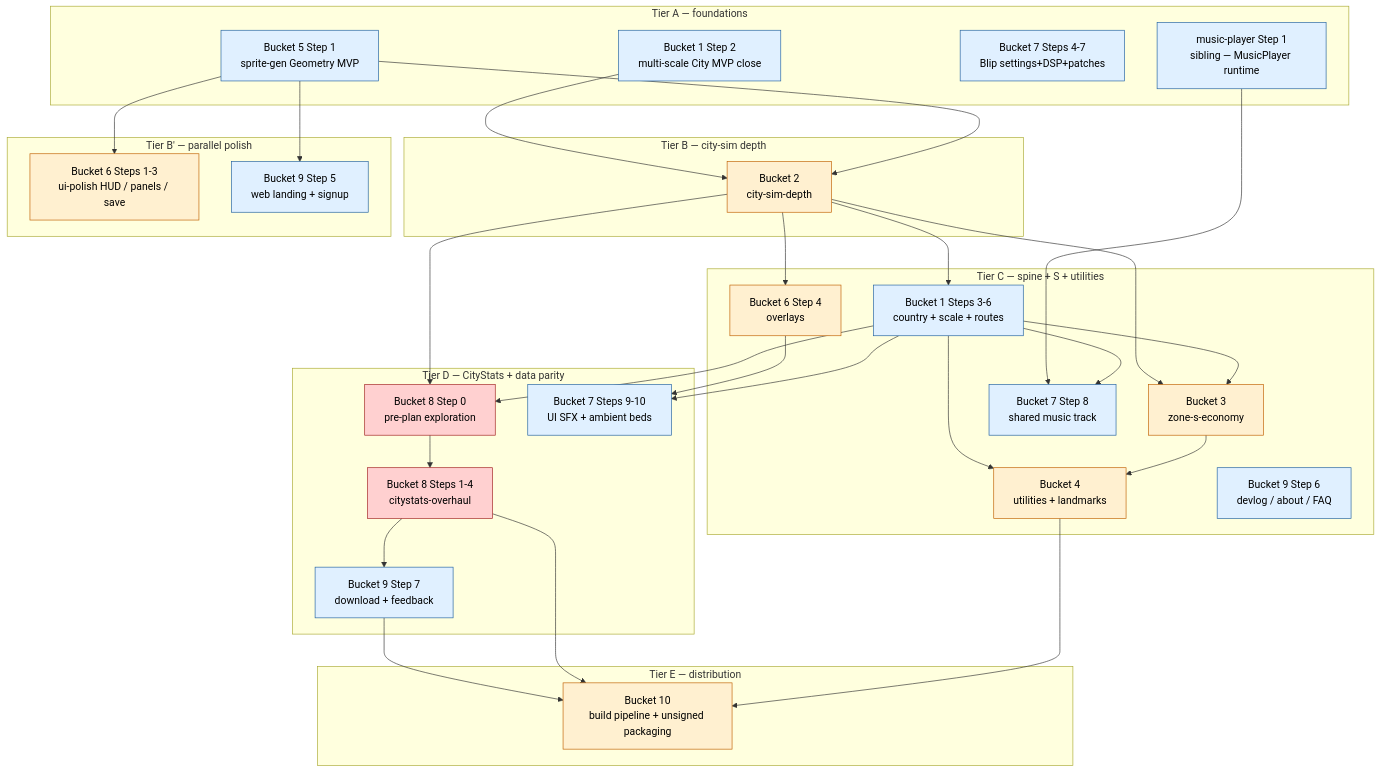
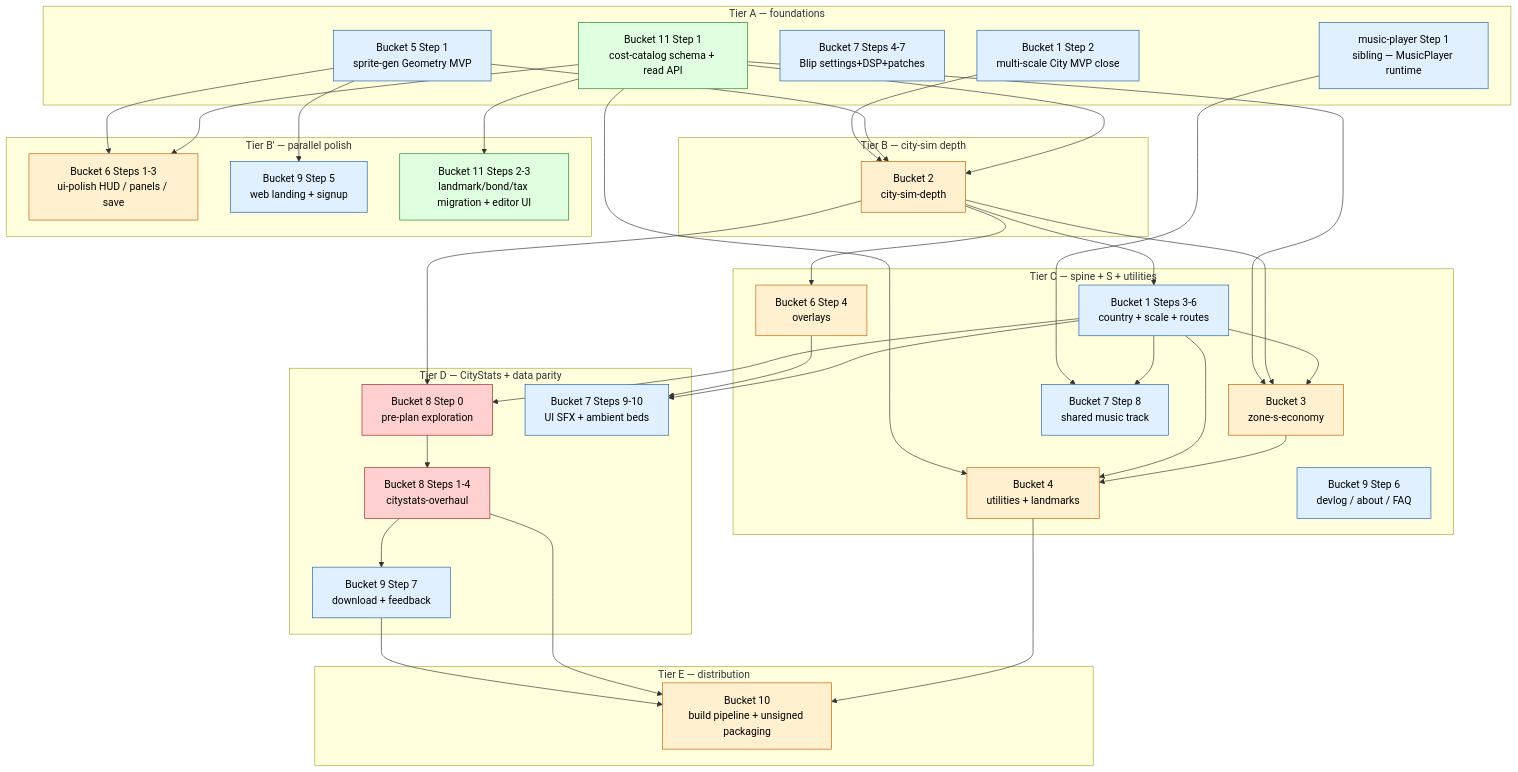
The diagram in ia/projects/full-game-mvp-master-plan.md (jiramos87/TerritoryDeveloper), drawn with Mermaid before and after one commit. The commit also changed other lines of this file and 25 other files, not shown here.

````diff
--- a/ia/projects/full-game-mvp-master-plan.md
+++ b/ia/projects/full-game-mvp-master-plan.md
@@ -140,68 +145,77 @@
 ```mermaid
 graph TD
     subgraph TierA["Tier A — foundations"]
         B1S2[Bucket 1 Step 2<br/>multi-scale City MVP close]
         B5S1[Bucket 5 Step 1<br/>sprite-gen Geometry MVP]
         B7S4[Bucket 7 Steps 4-7<br/>Blip settings+DSP+patches]
         MP1[music-player Step 1<br/>sibling — MusicPlayer runtime]
+        B11S1[Bucket 11 Step 1<br/>cost-catalog schema + read API]
     end
 
     subgraph TierB["Tier B — city-sim depth"]
         B2[Bucket 2<br/>city-sim-depth]
     end
 
     subgraph TierBPrime["Tier B' — parallel polish"]
         B6S1[Bucket 6 Steps 1-3<br/>ui-polish HUD / panels / save]
         B9S5[Bucket 9 Step 5<br/>web landing + signup]
+        B11S2[Bucket 11 Steps 2-3<br/>landmark/bond/tax migration + editor UI]
     end
 
     subgraph TierC["Tier C — spine + S + utilities"]
         B1S3[Bucket 1 Steps 3-6<br/>country + scale + routes]
         B3[Bucket 3<br/>zone-s-economy]
         B4[Bucket 4<br/>utilities + landmarks]
         B6S4[Bucket 6 Step 4<br/>overlays]
         B7S8[Bucket 7 Step 8<br/>shared music track]
         B9S6[Bucket 9 Step 6<br/>devlog / about / FAQ]
     end
 
     subgraph TierD["Tier D — CityStats + data parity"]
         B8PP[Bucket 8 Step 0<br/>pre-plan exploration]
         B8[Bucket 8 Steps 1-4<br/>citystats-overhaul]
         B9S7[Bucket 9 Step 7<br/>download + feedback]
         B7S9[Bucket 7 Steps 9-10<br/>UI SFX + ambient beds]
     end
 
     subgraph TierE["Tier E — distribution"]
         B10[Bucket 10<br/>build pipeline + unsigned packaging]
     end
 
     B1S2 --> B2
     B5S1 --> B2
     B5S1 --> B6S1
     B5S1 --> B9S5
     MP1 --> B7S8
+    B11S1 --> B2
+    B11S1 --> B3
+    B11S1 --> B4
+    B11S1 --> B6S1
+    B11S1 --> B11S2
     B2 --> B1S3
     B2 --> B3
     B2 --> B6S4
     B1S3 --> B3
     B1S3 --> B4
     B1S3 --> B7S8
     B3 --> B4
     B2 --> B8PP
     B1S3 --> B8PP
     B8PP --> B8
     B8 --> B9S7
     B6S4 --> B7S9
     B1S3 --> B7S9
     B9S7 --> B10
     B8 --> B10
     B4 --> B10
 
     classDef extend fill:#e0f0ff,stroke:#2060a0,color:#000
     classDef new fill:#fff0d0,stroke:#c06000,color:#000
     classDef preplan fill:#ffd0d0,stroke:#a02020,color:#000
+    classDef infra fill:#e0ffe0,stroke:#208020,color:#000
 
     class B1S2,B1S3,B5S1,B7S4,B7S8,B7S9,MP1,B9S5,B9S6,B9S7 extend
     class B2,B3,B4,B6S1,B6S4,B10 new
     class B8PP,B8 preplan
+    class B11S1,B11S2 infra
 ```
````
